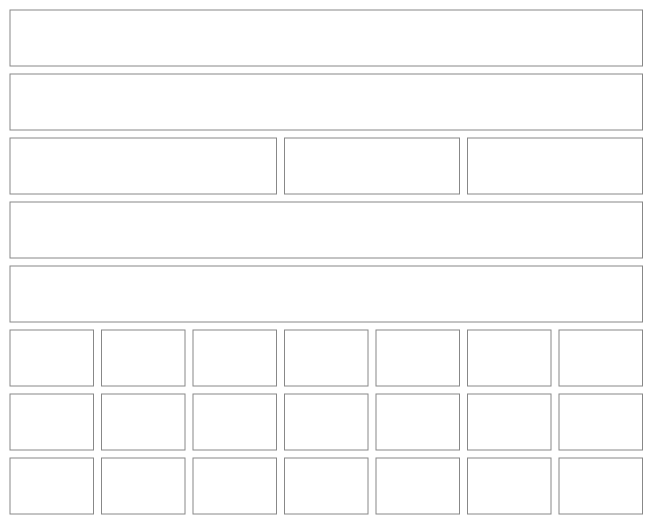
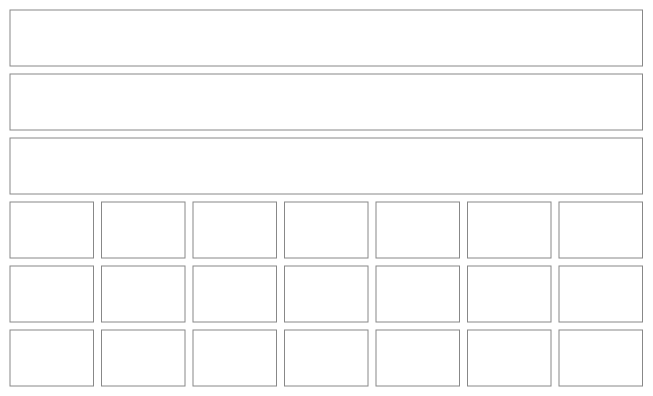
The fifth of 54 diagrams in src/apps/pinch/UX.md (NovaMoonX/moondreams-dev-apps), drawn with Mermaid before and after one commit. The commit also changed other lines of this file and 163 other files, not shown here.

````diff
--- a/src/apps/pinch/UX.md
+++ b/src/apps/pinch/UX.md
@@ -186,61 +192,53 @@
 ```mermaid
 %%{init: {'theme': 'base', 'themeVariables': {'primaryColor': 'transparent', 'primaryBorderColor': '#888888', 'primaryTextColor': '#333333', 'lineColor': '#888888'}}}%%
 block-beta
   columns 7
-  C1["Calendar   ⚙️   + Add"]:7
-  C2["‹   October 2026   ›   [ Month ] Week Day"]:7
-  C3["Cost this month<br/>$412.60 ⚠"]:3
-  C4["Avg per meal<br/>$5.80"]:2
-  C5["Per g protein<br/>$0.04"]:2
-  C6["Daily average this month<br/>🔥 1,840 · 💪 96g (the ones switched on)"]:7
-  C7["2 ingredients need a price · Add prices   ✕"]:7
+  C1["Calendar   👁   + Plan"]:7
+  C2["‹   October 2026   ›   [ Month ] Week"]:7
+  C3["This month · 23 meals                    $412.60 so far ⚠  ›"]:7
   C8["S"]:1
   C9["M"]:1
   C10["T"]:1
   C11["W"]:1
   C12["T"]:1
   C13["F"]:1
   C14["S"]:1
   C15["11"]:1
   C16["12"]:1
   C17["13 ● today<br/>🍳 🍝 🍰"]:1
   C18["14<br/>🥪"]:1
   C19["15"]:1
   C20["16<br/>🍝 🍿"]:1
   C21["17"]:1
   C22["18"]:1
   C23["19"]:1
   C24["20"]:1
   C25["21"]:1
   C26["22"]:1
   C27["23"]:1
   C28["24"]:1
   style C1 fill:transparent,stroke:#888888,stroke-width:1px;
   style C2 fill:transparent,stroke:#888888,stroke-width:1px;
   style C3 fill:transparent,stroke:#888888,stroke-width:1px;
-  style C4 fill:transparent,stroke:#888888,stroke-width:1px;
-  style C5 fill:transparent,stroke:#888888,stroke-width:1px;
-  style C6 fill:transparent,stroke:#888888,stroke-width:1px;
-  style C7 fill:transparent,stroke:#888888,stroke-width:1px;
   style C8 fill:transparent,stroke:#888888,stroke-width:1px;
   style C9 fill:transparent,stroke:#888888,stroke-width:1px;
   style C10 fill:transparent,stroke:#888888,stroke-width:1px;
   style C11 fill:transparent,stroke:#888888,stroke-width:1px;
   style C12 fill:transparent,stroke:#888888,stroke-width:1px;
   style C13 fill:transparent,stroke:#888888,stroke-width:1px;
   style C14 fill:transparent,stroke:#888888,stroke-width:1px;
   style C15 fill:transparent,stroke:#888888,stroke-width:1px;
   style C16 fill:transparent,stroke:#888888,stroke-width:1px;
   style C17 fill:transparent,stroke:#888888,stroke-width:1px;
   style C18 fill:transparent,stroke:#888888,stroke-width:1px;
   style C19 fill:transparent,stroke:#888888,stroke-width:1px;
   style C20 fill:transparent,stroke:#888888,stroke-width:1px;
   style C21 fill:transparent,stroke:#888888,stroke-width:1px;
   style C22 fill:transparent,stroke:#888888,stroke-width:1px;
   style C23 fill:transparent,stroke:#888888,stroke-width:1px;
   style C24 fill:transparent,stroke:#888888,stroke-width:1px;
   style C25 fill:transparent,stroke:#888888,stroke-width:1px;
   style C26 fill:transparent,stroke:#888888,stroke-width:1px;
   style C27 fill:transparent,stroke:#888888,stroke-width:1px;
   style C28 fill:transparent,stroke:#888888,stroke-width:1px;
 ```
````
